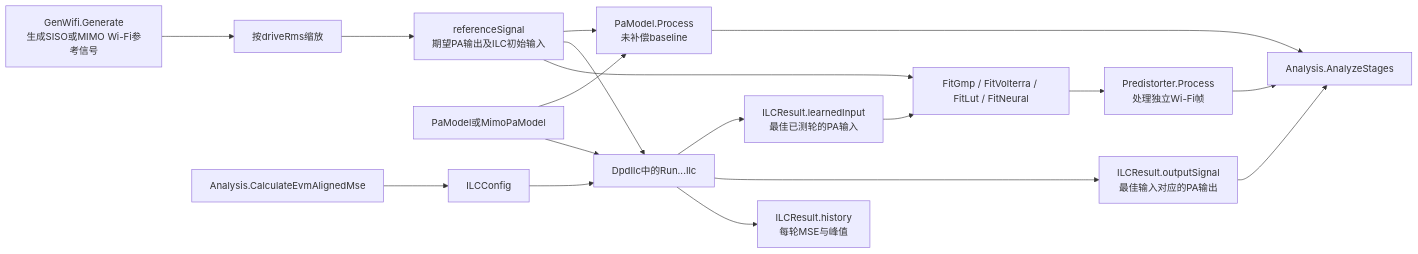
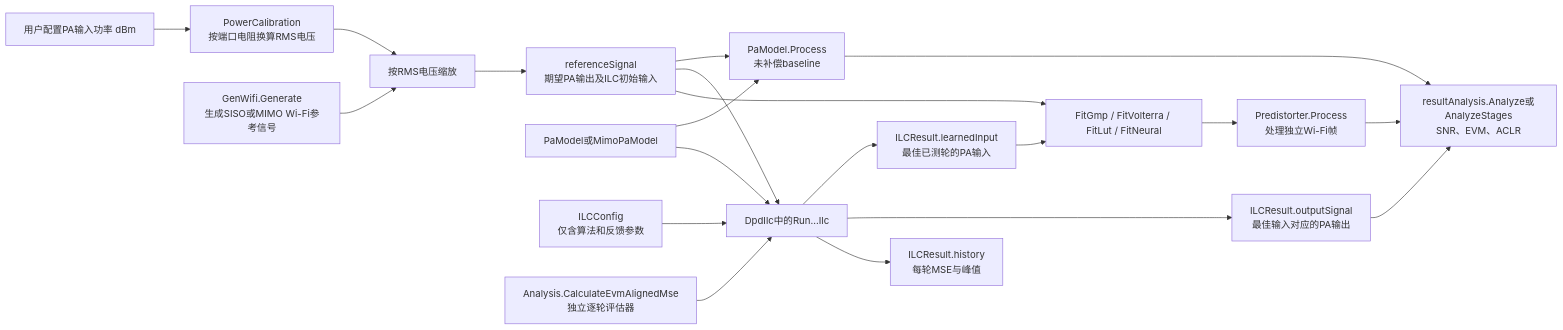
The first of 2 diagrams in doc/DpdIlc.md (niyilu45/DPD_ILC), drawn with Mermaid before and after one commit. The commit also changed other lines of this file and 15 other files, not shown here.

Commit message:
Refine DPD ILC configuration and dBm calibration

````diff
--- a/doc/DpdIlc.md
+++ b/doc/DpdIlc.md
@@ -26,20 +26,22 @@
 ```mermaid
 flowchart LR
-    wave["GenWifi.Generate<br/>生成SISO或MIMO Wi-Fi参考信号"] --> scale["按driveRms缩放"]
+    power["用户配置PA输入功率 dBm"] --> calibration["PowerCalibration<br/>按端口电阻换算RMS电压"]
+    wave["GenWifi.Generate<br/>生成SISO或MIMO Wi-Fi参考信号"] --> scale["按RMS电压缩放"]
+    calibration --> scale
     scale --> reference["referenceSignal<br/>期望PA输出及ILC初始输入"]
     reference --> baseline["PaModel.Process<br/>未补偿baseline"]
     reference --> ilc["DpdIlc中的Run...Ilc"]
     pa["PaModel或MimoPaModel"] --> baseline
     pa --> ilc
-    analysis["Analysis.CalculateEvmAlignedMse"] --> config["ILCConfig"]
-    config --> ilc
+    config["ILCConfig<br/>仅含算法和反馈参数"] --> ilc
+    analysis["Analysis.CalculateEvmAlignedMse<br/>独立逐轮评估器"] --> ilc
     ilc --> learned["ILCResult.learnedInput<br/>最佳已测轮的PA输入"]
     ilc --> output["ILCResult.outputSignal<br/>最佳输入对应的PA输出"]
     ilc --> history["ILCResult.history<br/>每轮MSE与峰值"]
     learned --> fit["FitGmp / FitVolterra / FitLut / FitNeural"]
     reference --> fit
     fit --> deploy["Predistorter.Process<br/>处理独立Wi-Fi帧"]
-    baseline --> metrics["Analysis.AnalyzeStages"]
+    baseline --> metrics["resultAnalysis.Analyze或AnalyzeStages<br/>SNR、EVM、ACLR"]
     output --> metrics
     deploy --> metrics
 ```
````
